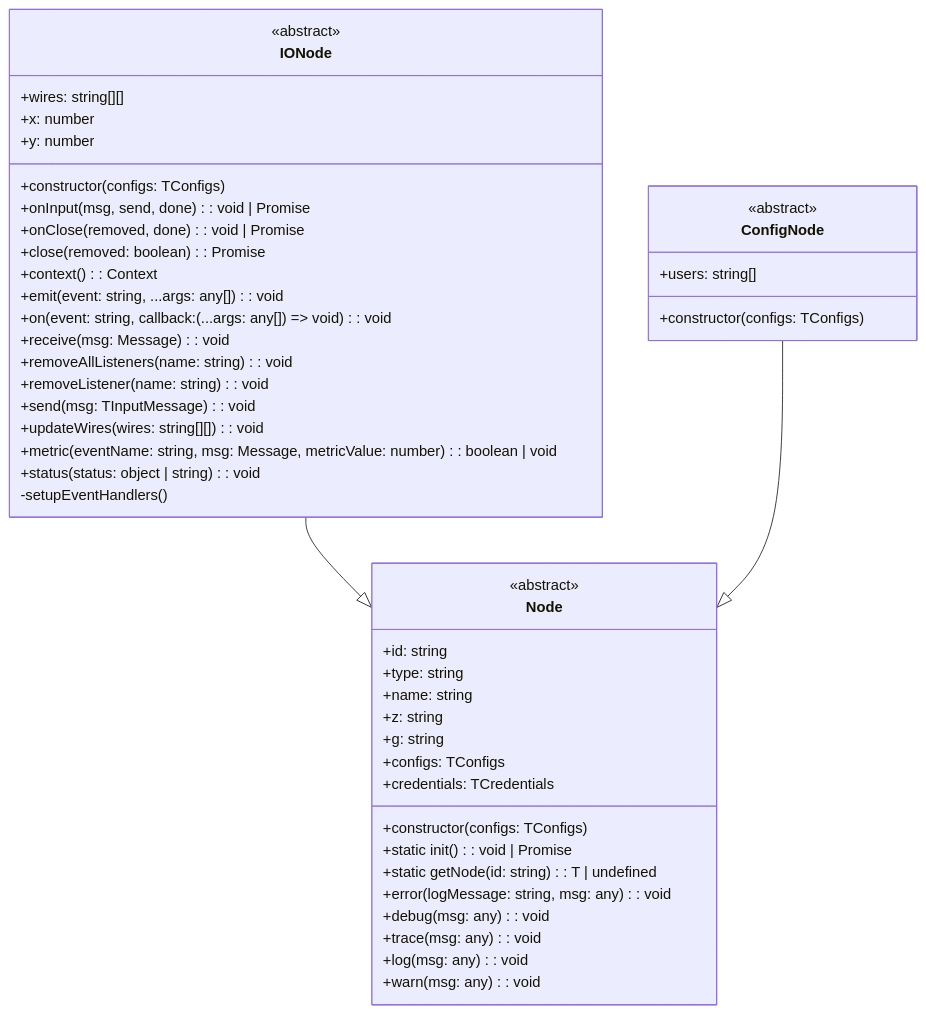
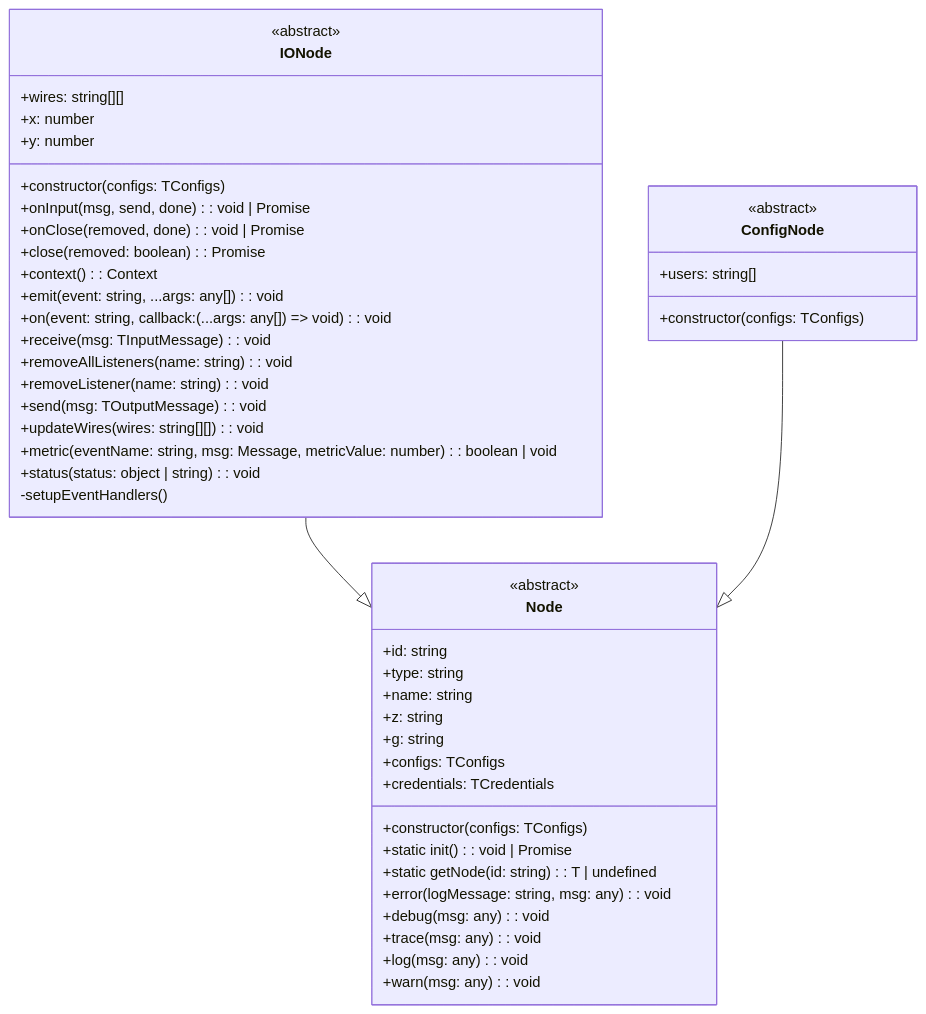
The diagram in README.md (AllanOricil/node-red-vue-template), drawn with Mermaid before and after one commit.

Commit message:
chore: fix IONode class methods in the class diagram

````diff
--- a/README.md
+++ b/README.md
@@ -23,52 +23,52 @@
 ```mermaid
 classDiagram
 class Node {
   <<abstract>>
   +id: string
   +type: string
   +name: string
   +z: string
   +g: string
   +configs: TConfigs
   +credentials: TCredentials
   +constructor(configs: TConfigs)
   +static init(): void | Promise<void>
   +static getNode<T>(id: string): T | undefined
   +error(logMessage: string, msg: any): void
   +debug(msg: any): void
   +trace(msg: any): void
   +log(msg: any): void
   +warn(msg: any): void
 }
 
 class IONode {
   <<abstract>>
   +wires: string[][]
   +x: number
   +y: number
   +constructor(configs: TConfigs)
   +onInput(msg, send, done): void | Promise<void>
   +onClose(removed, done): void | Promise<void>
   +close(removed: boolean): Promise<void>
   +context(): Context
   +emit(event: string, ...args: any[]): void
   +on(event: string, callback: (...args: any[]) => void): void
-  +receive(msg: Message): void
+  +receive(msg: TInputMessage): void
   +removeAllListeners(name: string): void
   +removeListener(name: string): void
-  +send(msg: TInputMessage): void
+  +send(msg: TOutputMessage): void
   +updateWires(wires: string[][]): void
   +metric(eventName: string, msg: Message, metricValue: number): boolean | void
   +status(status: object | string): void
   -setupEventHandlers()
 }
 
 class ConfigNode {
   <<abstract>>
   +users: string[]
   +constructor(configs: TConfigs)
 }
 
 IONode --|> Node
 ConfigNode --|> Node
 ```
````
